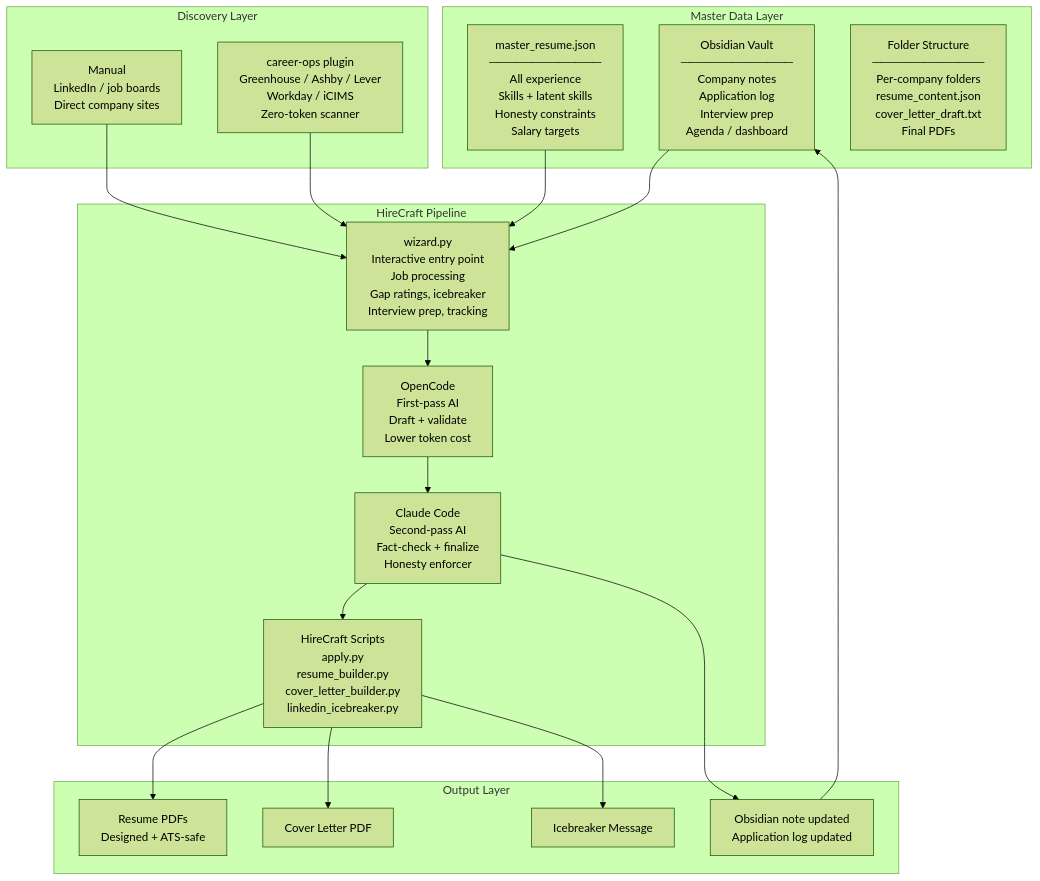
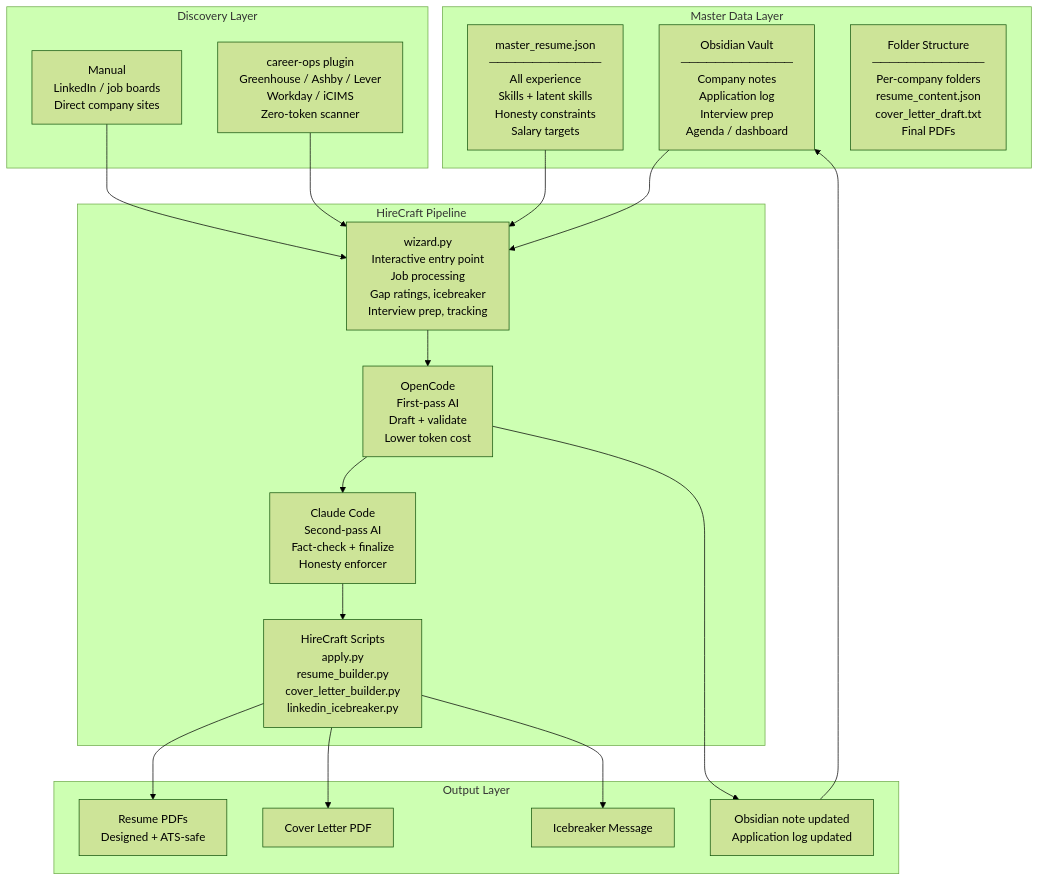
One commit to iacsha/hirecraft changed the first of 3 diagrams in WORKFLOW.md. Above: the diagram before and after it, drawn with Mermaid (forest theme). The commit also changed other lines of this file, not shown here.

````diff
--- a/WORKFLOW.md
+++ b/WORKFLOW.md
@@ -11,40 +11,40 @@
 ```mermaid
 graph TB
     subgraph MASTER ["Master Data Layer"]
         OB["Obsidian Vault\n─────────────\nCompany notes\nApplication log\nInterview prep\nAgenda / dashboard"]
         MR["master_resume.json\n─────────────\nAll experience\nSkills + latent skills\nHonesty constraints\nSalary targets"]
         FS["Folder Structure\n─────────────\nPer-company folders\nresume_content.json\ncover_letter_draft.txt\nFinal PDFs"]
     end
 
     subgraph DISCOVER ["Discovery Layer"]
         MAN["Manual\nLinkedIn / job boards\nDirect company sites"]
         CAR["career-ops plugin\nGreenhouse / Ashby / Lever\nWorkday / iCIMS\nZero-token scanner"]
     end
 
     subgraph PIPELINE ["HireCraft Pipeline"]
         WZ["wizard.py\nInteractive entry point\nJob processing\nGap ratings, icebreaker\nInterview prep, tracking"]
         OC["OpenCode\nFirst-pass AI\nDraft + validate\nLower token cost"]
         CL["Claude Code\nSecond-pass AI\nFact-check + finalize\nHonesty enforcer"]
         HC["HireCraft Scripts\napply.py\nresume_builder.py\ncover_letter_builder.py\nlinkedin_icebreaker.py"]
     end
 
     subgraph OUTPUT ["Output Layer"]
         PDF["Resume PDFs\nDesigned + ATS-safe"]
         CVR["Cover Letter PDF"]
         ICE["Icebreaker Message"]
         LOG["Obsidian note updated\nApplication log updated"]
     end
 
     MAN --> WZ
     CAR --> WZ
     MR --> WZ
     OB --> WZ
     WZ --> OC
     OC --> CL
     CL --> HC
     HC --> PDF
     HC --> CVR
     HC --> ICE
-    CL --> LOG
+    OC --> LOG
     LOG --> OB
 ```
````
